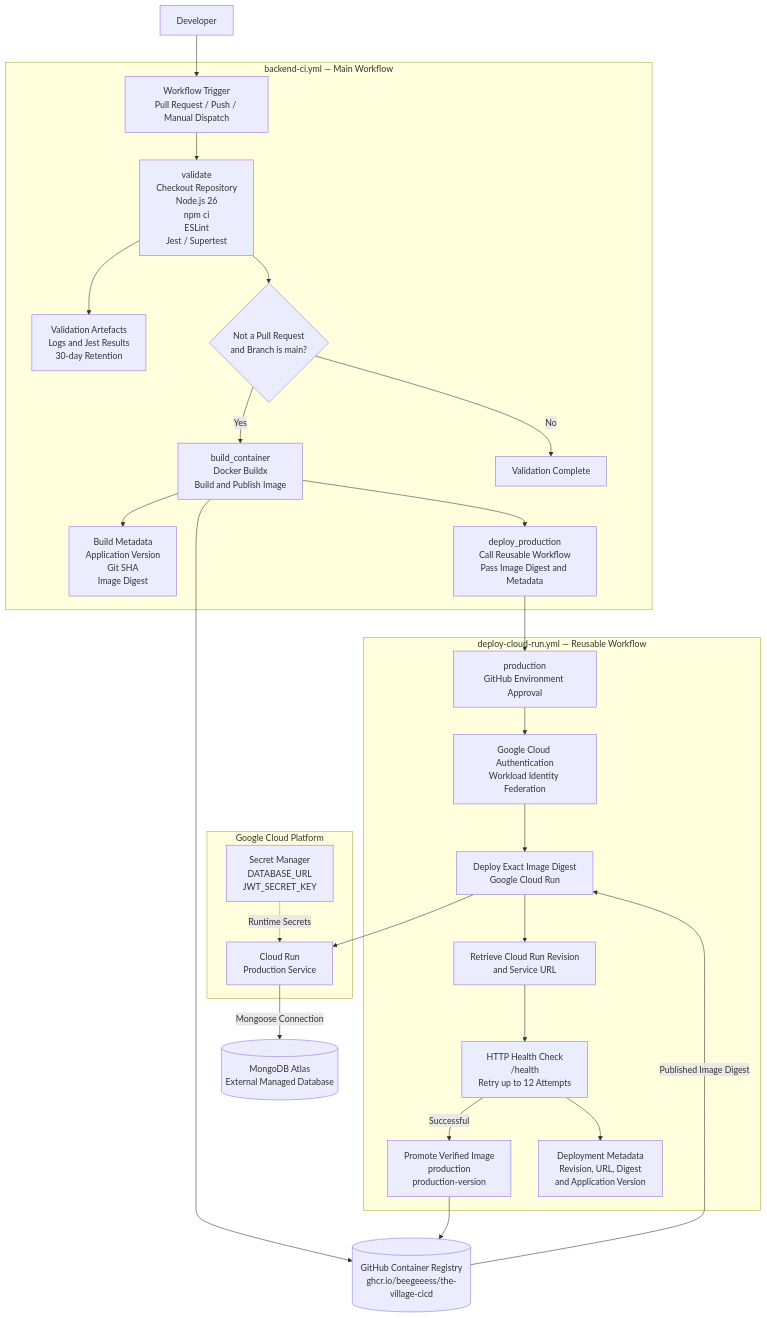
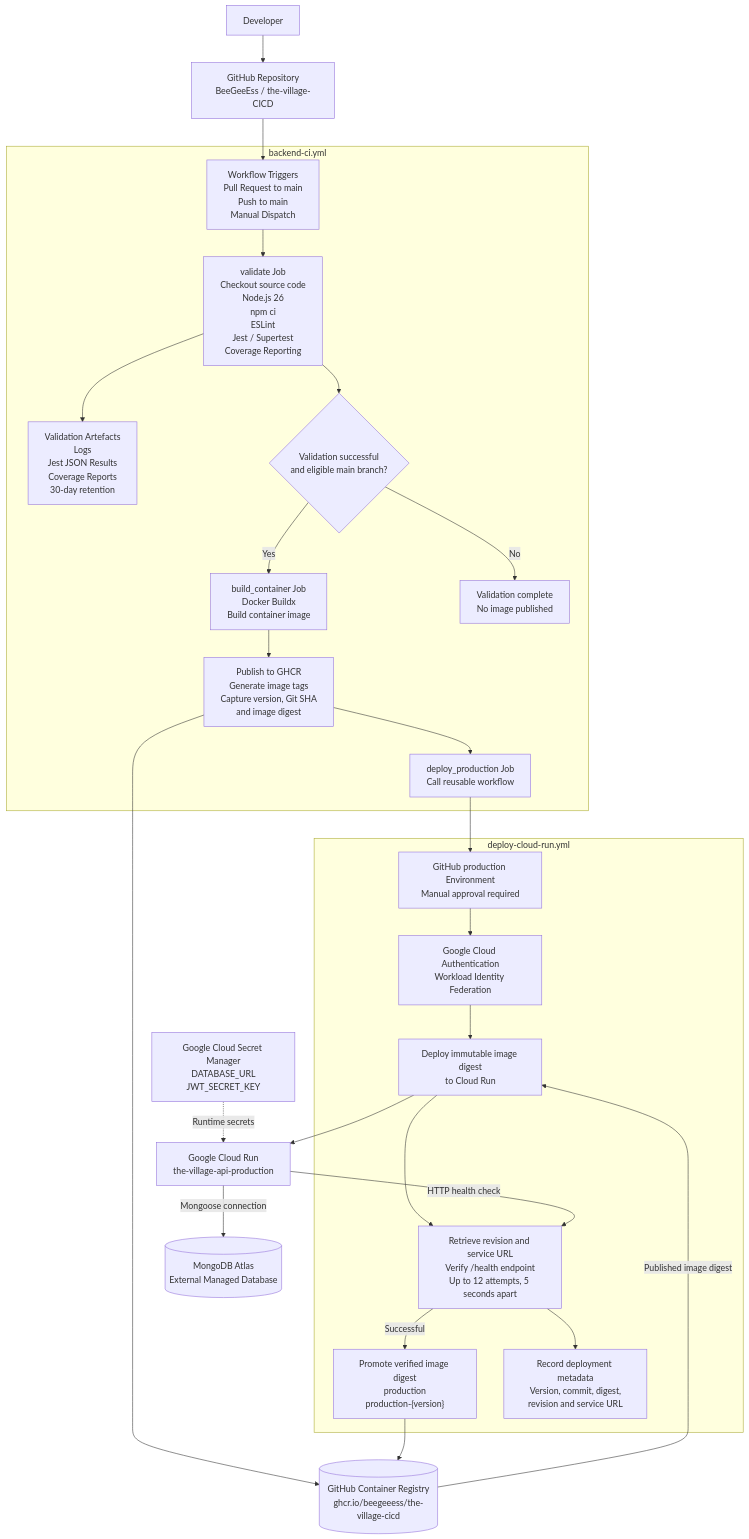
One commit to BeeGeeEss/the-village-CICD changed the third of 4 diagrams in README.md. Above: the diagram before and after it, drawn with Mermaid. The commit also changed other lines of this file and 5 other files, not shown here.

````diff
--- a/README.md
+++ b/README.md
@@ -189,70 +230,56 @@
 ```mermaid
 flowchart TB
 
     DEV["Developer"]
+    REPO["GitHub Repository<br/>BeeGeeEss / the-village-CICD"]
 
-    subgraph MAIN["backend-ci.yml — Main Workflow"]
-        TRIGGER["Workflow Trigger<br/>Pull Request / Push / Manual Dispatch"]
-
-        VALIDATE["validate<br/>Checkout Repository<br/>Node.js 26<br/>npm ci<br/>ESLint<br/>Jest / Supertest"]
-
-        TESTART["Validation Artefacts<br/>Logs and Jest Results<br/>30-day Retention"]
-
-        CONDITION{"Not a Pull Request<br/>and Branch is main?"}
-
-        BUILD["build_container<br/>Docker Buildx<br/>Build and Publish Image"]
-
-        METADATA["Build Metadata<br/>Application Version<br/>Git SHA<br/>Image Digest"]
-
-        REUSABLE["deploy_production<br/>Call Reusable Workflow<br/>Pass Image Digest and Metadata"]
+    subgraph MAIN["backend-ci.yml"]
+        TRIGGER["Workflow Triggers<br/>Pull Request to main<br/>Push to main<br/>Manual Dispatch"]
+        VALIDATE["validate Job<br/>Checkout source code<br/>Node.js 26<br/>npm ci<br/>ESLint<br/>Jest / Supertest<br/>Coverage Reporting"]
+        ARTIFACTS["Validation Artefacts<br/>Logs<br/>Jest JSON Results<br/>Coverage Reports<br/>30-day retention"]
+        CONDITION{"Validation successful<br/>and eligible main branch?"}
+        BUILD["build_container Job<br/>Docker Buildx<br/>Build container image"]
+        PUBLISH["Publish to GHCR<br/>Generate image tags<br/>Capture version, Git SHA<br/>and image digest"]
+        DEPLOYJOB["deploy_production Job<br/>Call reusable workflow"]
 
         TRIGGER --> VALIDATE
+        VALIDATE --> ARTIFACTS
         VALIDATE --> CONDITION
-        VALIDATE --> TESTART
         CONDITION -->|"Yes"| BUILD
-        CONDITION -->|"No"| END["Validation Complete"]
-        BUILD --> METADATA
-        BUILD --> REUSABLE
+        CONDITION -->|"No"| STOP["Validation complete<br/>No image published"]
+        BUILD --> PUBLISH
+        PUBLISH --> DEPLOYJOB
     end
 
     GHCR[("GitHub Container Registry<br/>ghcr.io/beegeeess/the-village-cicd")]
 
-    subgraph REUSE["deploy-cloud-run.yml — Reusable Workflow"]
-        APPROVAL["production<br/>GitHub Environment Approval"]
-
+    subgraph REUSABLE["deploy-cloud-run.yml"]
+        APPROVAL["GitHub production Environment<br/>Manual approval required"]
         AUTH["Google Cloud Authentication<br/>Workload Identity Federation"]
-
-        DEPLOY["Deploy Exact Image Digest<br/>Google Cloud Run"]
-
-        REVISION["Retrieve Cloud Run Revision<br/>and Service URL"]
-
-        HEALTH["HTTP Health Check<br/>/health<br/>Retry up to 12 Attempts"]
-
-        PROMOTE["Promote Verified Image<br/>production<br/>production-version"]
-
-        DEPLOYMETA["Deployment Metadata<br/>Revision, URL, Digest<br/>and Application Version"]
+        DEPLOY["Deploy immutable image digest<br/>to Cloud Run"]
+        HEALTH["Retrieve revision and service URL<br/>Verify /health endpoint<br/>Up to 12 attempts, 5 seconds apart"]
+        PROMOTE["Promote verified image digest<br/>production<br/>production-{version}"]
+        METADATA["Record deployment metadata<br/>Version, commit, digest,<br/>revision and service URL"]
 
         APPROVAL --> AUTH
         AUTH --> DEPLOY
-        DEPLOY --> REVISION
-        REVISION --> HEALTH
+        DEPLOY --> HEALTH
         HEALTH -->|"Successful"| PROMOTE
-        HEALTH --> DEPLOYMETA
+        HEALTH --> METADATA
     end
 
-    subgraph GCP["Google Cloud Platform"]
-        CLOUDRUN["Cloud Run<br/>Production Service"]
-        SECRETS["Secret Manager<br/>DATABASE_URL<br/>JWT_SECRET_KEY"]
-    end
-
+    CLOUD["Google Cloud Run<br/>the-village-api-production"]
+    SECRETS["Google Cloud Secret Manager<br/>DATABASE_URL<br/>JWT_SECRET_KEY"]
     DB[("MongoDB Atlas<br/>External Managed Database")]
 
-    DEV --> TRIGGER
-    BUILD --> GHCR
-    REUSABLE --> APPROVAL
-    GHCR -->|"Published Image Digest"| DEPLOY
-    DEPLOY --> CLOUDRUN
-    SECRETS -.->|"Runtime Secrets"| CLOUDRUN
-    CLOUDRUN -->|"Mongoose Connection"| DB
+    DEV --> REPO
+    REPO --> TRIGGER
+    PUBLISH --> GHCR
+    DEPLOYJOB --> APPROVAL
+    GHCR -->|"Published image digest"| DEPLOY
+    DEPLOY --> CLOUD
+    SECRETS -.->|"Runtime secrets"| CLOUD
+    CLOUD -->|"HTTP health check"| HEALTH
+    CLOUD -->|"Mongoose connection"| DB
     PROMOTE --> GHCR
 ```
````
